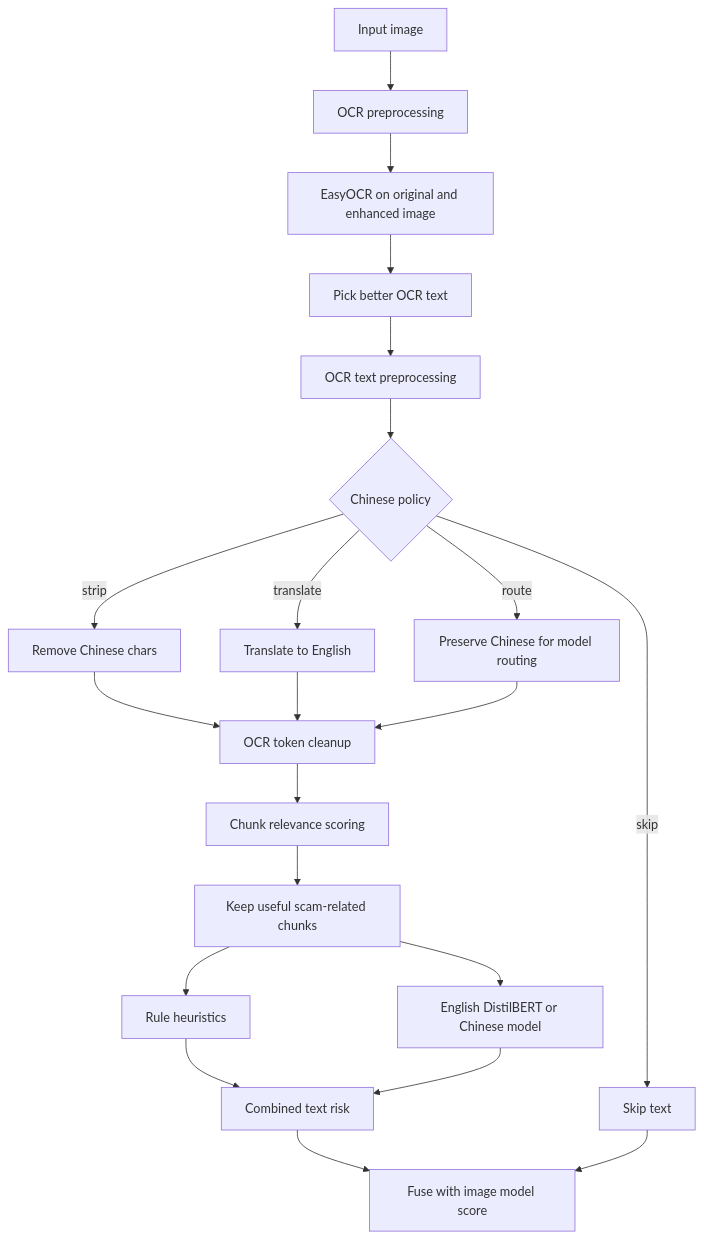
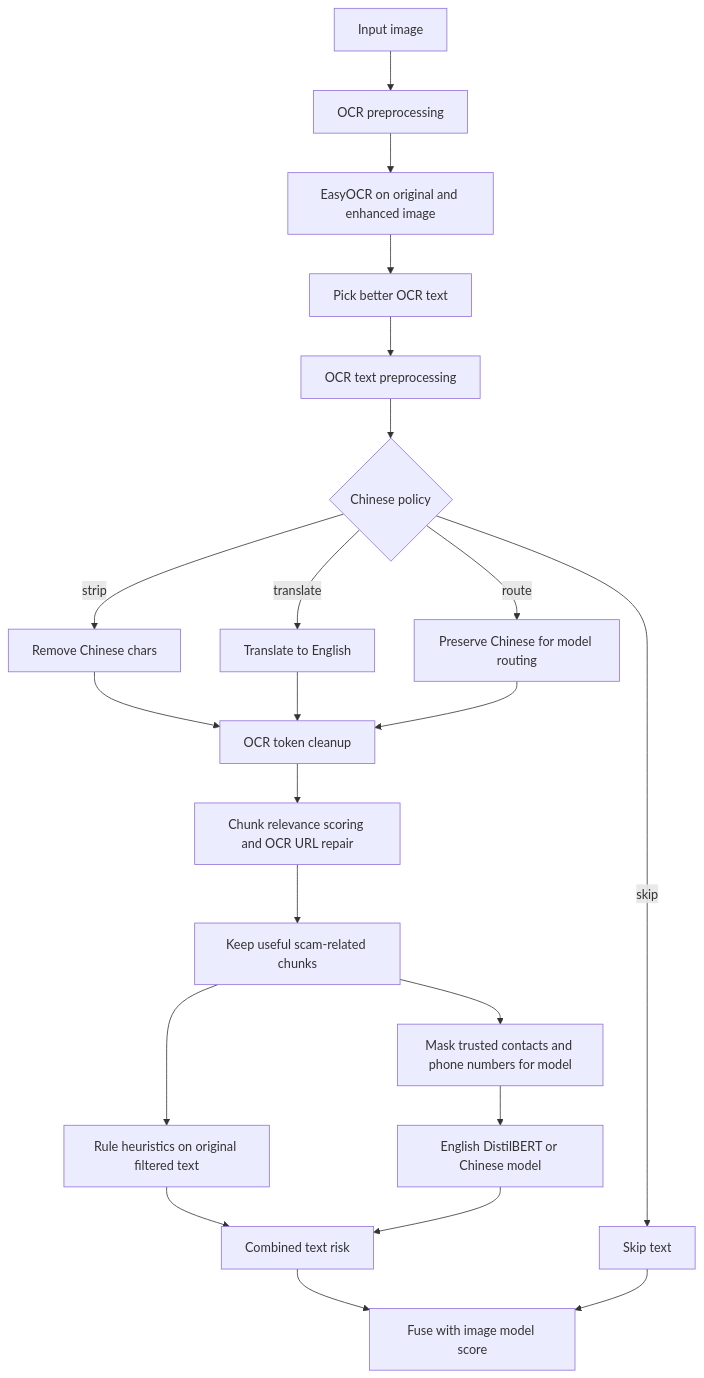
Before and after one commit to Yiifeiii/CS3264_PhishingDetection: the diagram in README.md, drawn with Mermaid. The commit also changed other lines of this file, not shown here.

````diff
--- a/README.md
+++ b/README.md
@@ -112,23 +126,24 @@
 ```mermaid
 flowchart TD
     A[Input image] --> B[OCR preprocessing]
     B --> C[EasyOCR on original and enhanced image]
     C --> D[Pick better OCR text]
     D --> E[OCR text preprocessing]
     E --> F{Chinese policy}
     F -->|strip| G[Remove Chinese chars]
     F -->|skip| H[Skip text]
     F -->|translate| I[Translate to English]
     F -->|route| J[Preserve Chinese for model routing]
     G --> K[OCR token cleanup]
     I --> K
     J --> K
-    K --> L[Chunk relevance scoring]
+    K --> L[Chunk relevance scoring and OCR URL repair]
     L --> M[Keep useful scam-related chunks]
-    M --> N[Rule heuristics]
-    M --> O[English DistilBERT or Chinese model]
-    N --> P[Combined text risk]
-    O --> P
-    P --> Q[Fuse with image model score]
-    H --> Q
+    M --> N[Rule heuristics on original filtered text]
+    M --> O[Mask trusted contacts and phone numbers for model]
+    O --> P[English DistilBERT or Chinese model]
+    N --> Q[Combined text risk]
+    P --> Q
+    Q --> R[Fuse with image model score]
+    H --> R
 ```
````
